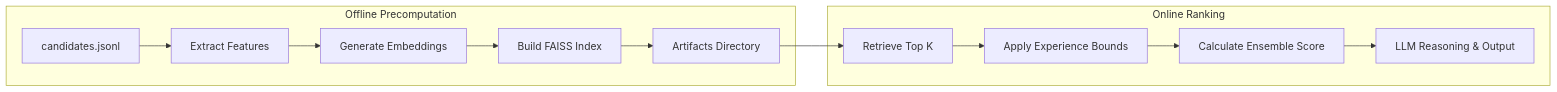
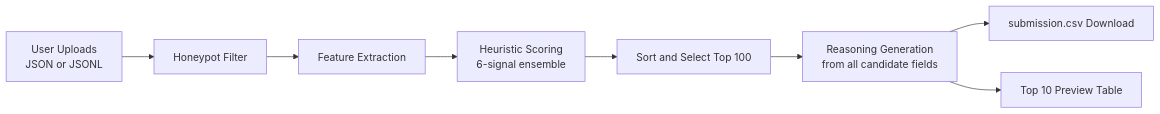
One commit to Gyanprakash136/LLM-bitwise-operator changed the fourth of 4 diagrams in README.md. Above: the diagram before and after it, drawn with Mermaid. The commit also changed other lines of this file, not shown here.

Commit message:
README: comprehensive rewrite with 4 diagrams, scoring tables, fine-tuning details, runtime breakdown

````diff
--- a/README.md
+++ b/README.md
@@ -33,16 +170,10 @@
 ```mermaid
 flowchart LR
-    subgraph Offline Precomputation
-    JSONL[candidates.jsonl] --> Extract[Extract Features]
-    Extract --> Embed[Generate Embeddings]
-    Embed --> FAISS[Build FAISS Index]
-    FAISS --> Art[Artifacts Directory]
-    end
-
-    subgraph Online Ranking
-    Art --> Retrieve[Retrieve Top K]
-    Retrieve --> Filter[Apply Experience Bounds]
-    Filter --> Heuristic[Calculate Ensemble Score]
-    Heuristic --> LLM[LLM Reasoning & Output]
-    end
+    U[User Uploads\nJSON or JSONL] --> HP[Honeypot Filter]
+    HP --> FE[Feature Extraction]
+    FE --> HS[Heuristic Scoring\n6-signal ensemble]
+    HS --> RS[Sort and Select Top 100]
+    RS --> RG[Reasoning Generation\nfrom all candidate fields]
+    RG --> CSV[submission.csv Download]
+    RG --> PV[Top 10 Preview Table]
 ```
````
